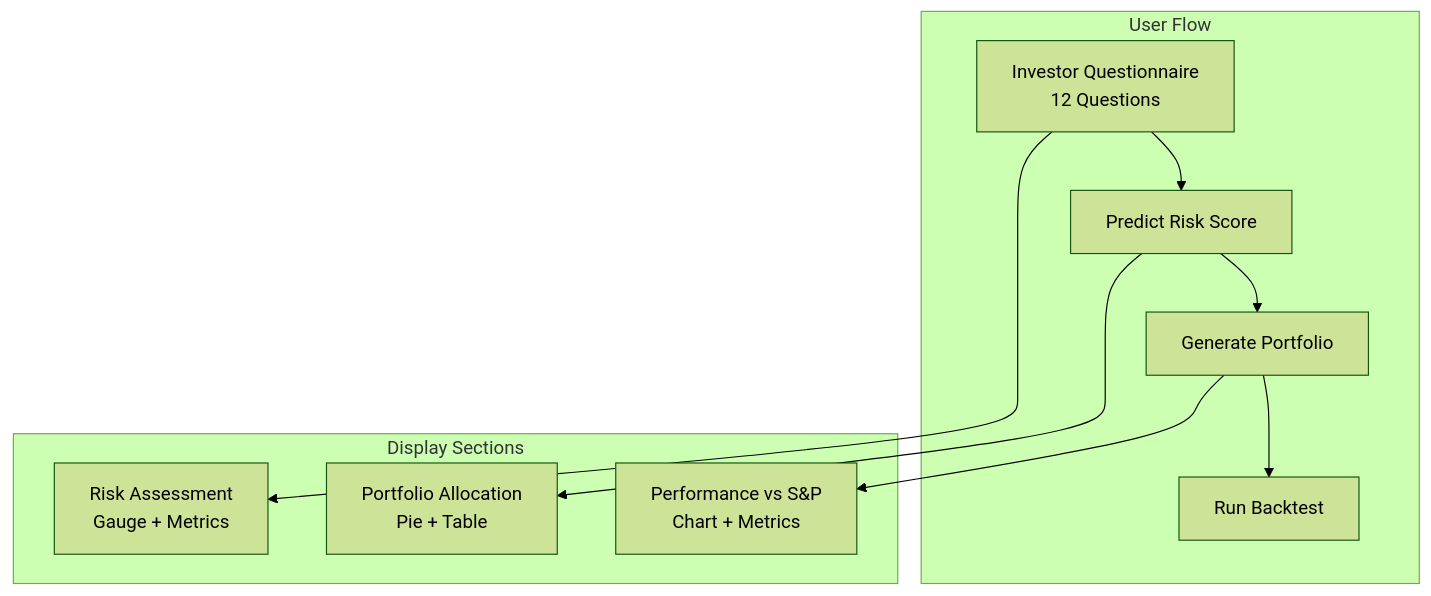
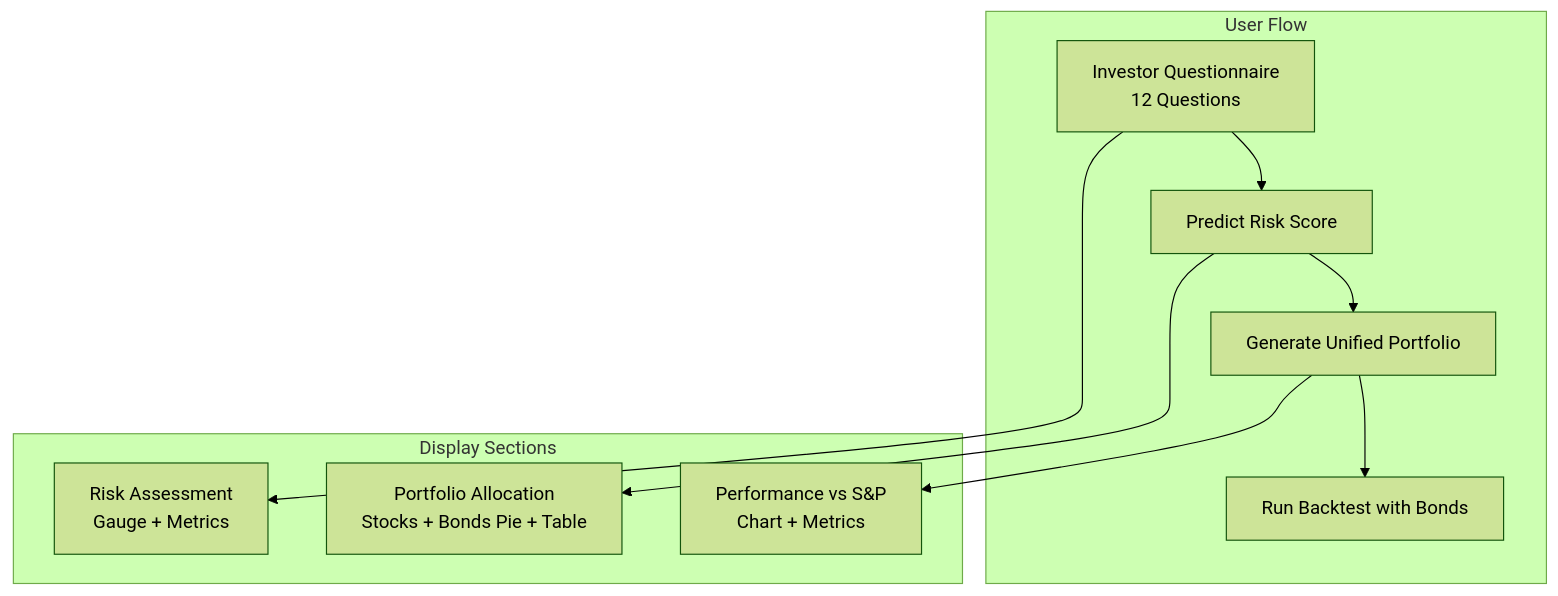
The ninth of 9 diagrams in README.md (HansalBhangale/data), drawn with Mermaid (forest theme) before and after one commit. The commit also changed other lines of this file and 11 other files, not shown here.

Commit message:
feat: Added ETFs to the portfolio allocation

````diff
--- a/README.md
+++ b/README.md
@@ -282,22 +372,22 @@
 ```mermaid
 flowchart TB
     subgraph "User Flow"
         Q[Investor Questionnaire<br/>12 Questions]
         Risk[Predict Risk Score]
-        Port[Generate Portfolio]
-        Backtest[Run Backtest]
+        Port[Generate Unified Portfolio]
+        Backtest[Run Backtest with Bonds]
     end
 
     subgraph "Display Sections"
         RiskDisp[Risk Assessment<br/>Gauge + Metrics]
-        PortDisp[Portfolio Allocation<br/>Pie + Table]
+        PortDisp[Portfolio Allocation<br/>Stocks + Bonds Pie + Table]
         PerfDisp[Performance vs S&P<br/>Chart + Metrics]
     end
 
     Q --> Risk
     Risk --> Port
     Port --> Backtest
     Q --> RiskDisp
     Risk --> PortDisp
     Port --> PerfDisp
 ```
````
